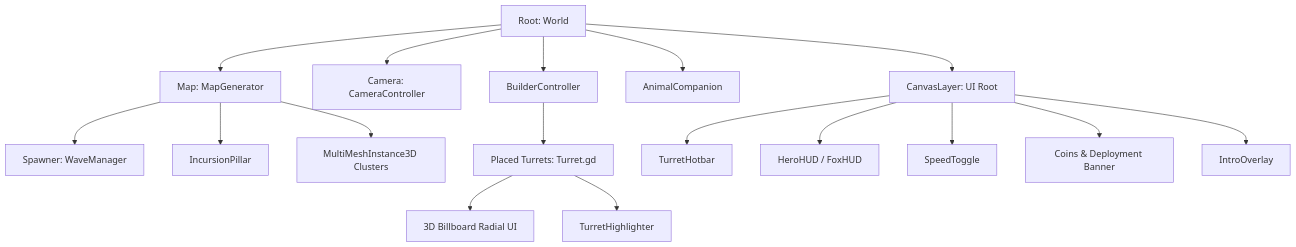
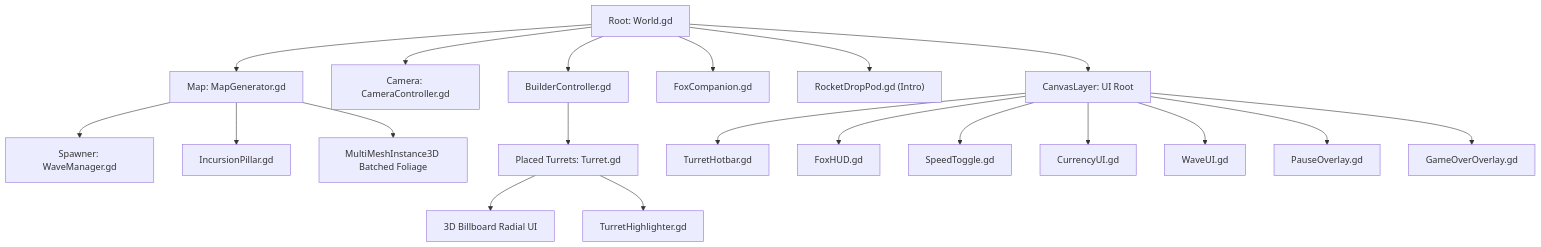
One commit to arlandoapraharjo/chaosmal-defense-td changed the fifth of 6 diagrams in docs/executive_summary.md. Above: the diagram before and after it, drawn with Mermaid. The commit also changed other lines of this file and 3 other files, not shown here.

````diff
--- a/docs/executive_summary.md
+++ b/docs/executive_summary.md
@@ -243,22 +382,25 @@
 ```mermaid
 graph TD
-    World["Root: World"] --> Map["Map: MapGenerator"]
-    World --> Cam["Camera: CameraController"]
-    World --> Builder["BuilderController"]
-    World --> Animal["AnimalCompanion"]
+    World["Root: World.gd"] --> Map["Map: MapGenerator.gd"]
+    World --> Cam["Camera: CameraController.gd"]
+    World --> Builder["BuilderController.gd"]
+    World --> Companion["FoxCompanion.gd"]
+    World --> DropPod["RocketDropPod.gd (Intro)"]
     World --> UI["CanvasLayer: UI Root"]
     
-    Map --> Spawner["Spawner: WaveManager"]
-    Map --> Pillar["IncursionPillar"]
-    Map --> MultiMeshes["MultiMeshInstance3D Clusters"]
+    Map --> Spawner["Spawner: WaveManager.gd"]
+    Map --> Pillar["IncursionPillar.gd"]
+    Map --> MultiMeshes["MultiMeshInstance3D Batched Foliage"]
     
     Builder --> Turrets["Placed Turrets: Turret.gd"]
     Turrets --> TurretUI["3D Billboard Radial UI"]
-    Turrets --> Highlighter["TurretHighlighter"]
+    Turrets --> Highlighter["TurretHighlighter.gd"]
     
-    UI --> Hotbar["TurretHotbar"]
-    UI --> HeroHUD["HeroHUD / FoxHUD"]
-    UI --> SpeedToggle["SpeedToggle"]
-    UI --> CoinsTurret["Coins & Deployment Banner"]
-    UI --> Intro["IntroOverlay"]
+    UI --> Hotbar["TurretHotbar.gd"]
+    UI --> FoxHUD["FoxHUD.gd"]
+    UI --> SpeedToggle["SpeedToggle.gd"]
+    UI --> CurrencyUI["CurrencyUI.gd"]
+    UI --> WaveUI["WaveUI.gd"]
+    UI --> PauseOverlay["PauseOverlay.gd"]
+    UI --> GameOverOverlay["GameOverOverlay.gd"]
 ```
````
